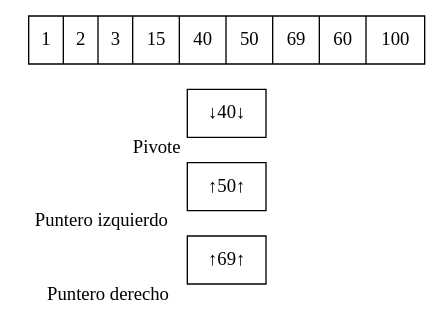
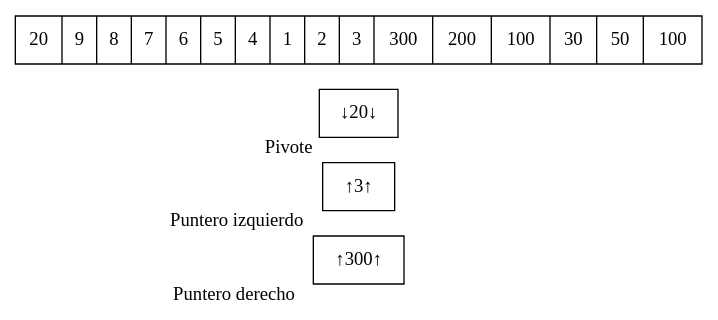
The diagram in build/classes/Imagenes/quicksort/i52.dot (oscarc99/EDD_DIC_2019_PY2_201709140-), drawn with Graphviz before and after one commit. The commit also changed 655 other files, not shown here.

```diff
--- a/build/classes/Imagenes/quicksort/i52.dot
+++ b/build/classes/Imagenes/quicksort/i52.dot
@@ -1,5 +1,5 @@
 digraph G{ node [shape = record ];
- rankdir=LR;puntDer[label="↑69↑" xlabel="Puntero derecho" pos = "12,0!"]
-puntIzq[label="↑50↑" xlabel="Puntero izquierdo" pos = "8,0!"]
-pivote[label="↓40↓" xlabel ="Pivote" pos = "10,2!"]
-X[label="{ 1|2|3|15|40|50|69|60|100}" pos = "10,1!" ]}
+ rankdir=LR;puntDer[label="↑300↑" xlabel="Puntero derecho" pos = "12,0!"]
+puntIzq[label="↑3↑" xlabel="Puntero izquierdo" pos = "8,0!"]
+pivote[label="↓20↓" xlabel ="Pivote" pos = "10,2!"]
+X[label="{ 20|9|8|7|6|5|4|1|2|3|300|200|100|30|50|100}" pos = "10,1!" ]}
```
